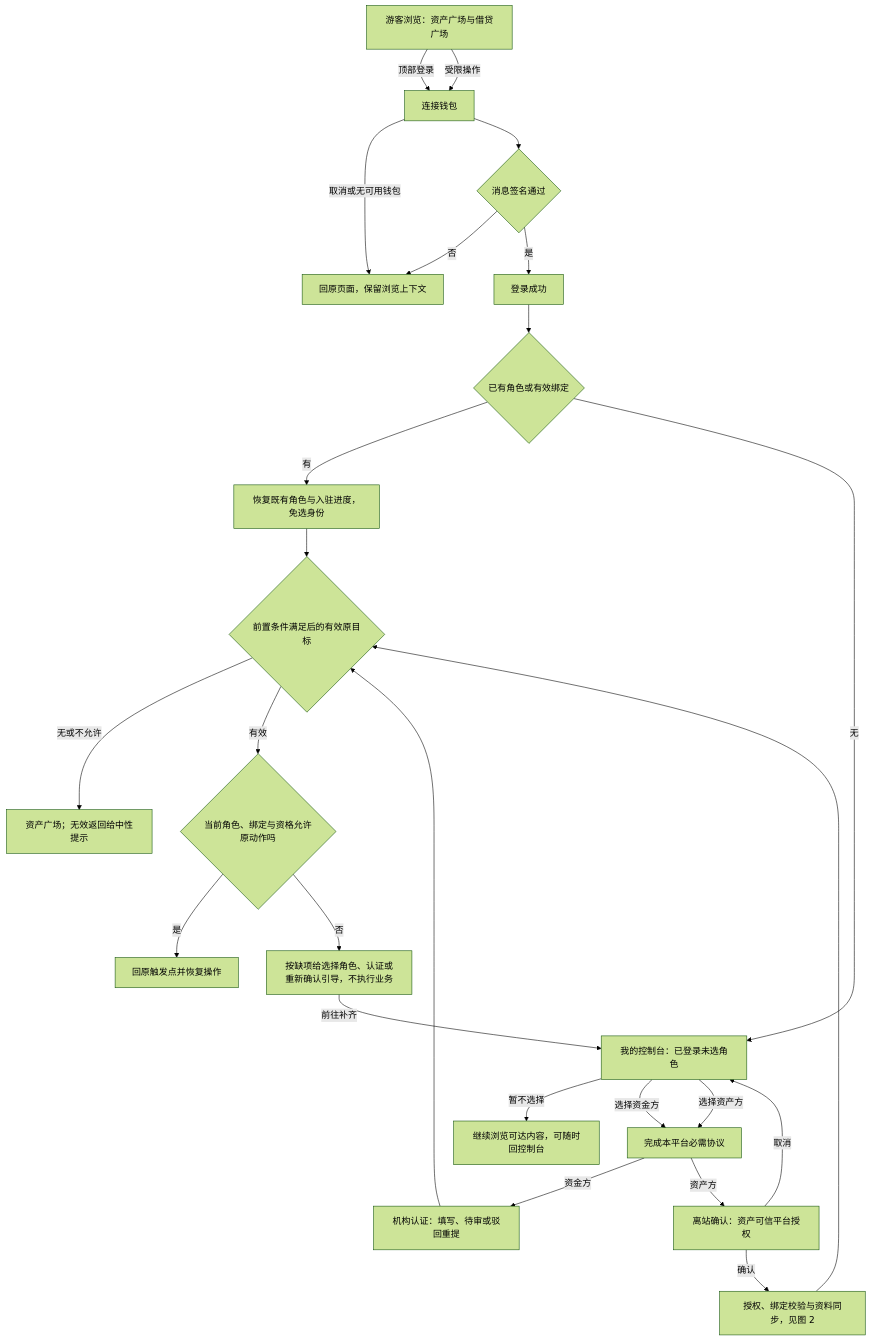
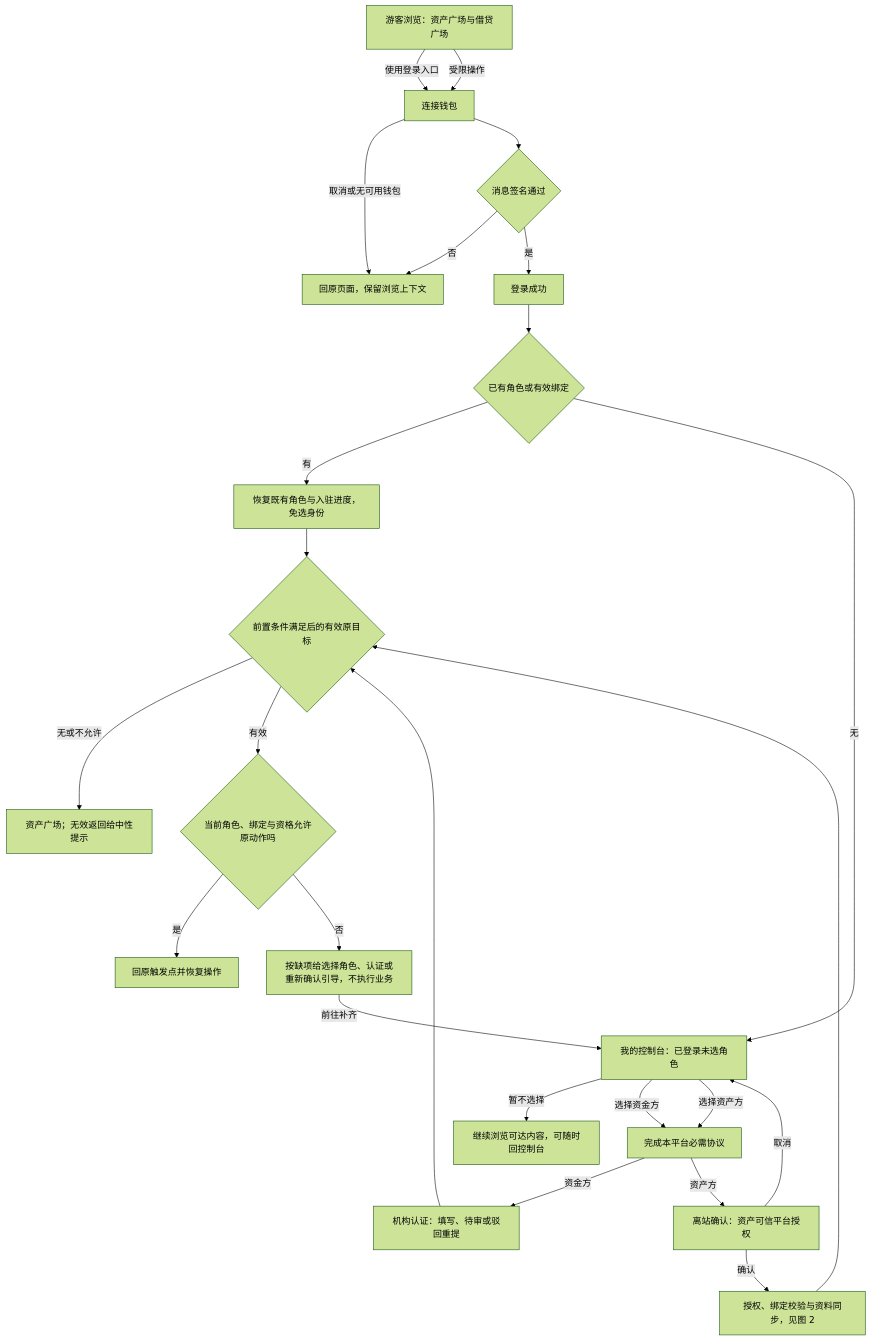
One commit to wxblockchain/Chain-Financing changed the first of 7 diagrams in lending-platform/PRD/v2.0-登录与账户体系/02-登录主干与资产方SSO接入-流程图与状态机.md. Above: the diagram before and after it, drawn with Mermaid (forest theme). The commit also changed other lines of this file and 2 other files, not shown here.

````diff
--- a/lending-platform/PRD/v2.0-登录与账户体系/02-登录主干与资产方SSO接入-流程图与状态机.md
+++ b/lending-platform/PRD/v2.0-登录与账户体系/02-登录主干与资产方SSO接入-流程图与状态机.md
@@ -10,27 +10,27 @@
 ```mermaid
 flowchart TD
-    G["游客浏览：资产广场与借贷广场"] -->|顶部登录| W["连接钱包"]
+    G["游客浏览：资产广场与借贷广场"] -->|使用登录入口| W["连接钱包"]
     G -->|受限操作| W
     W -->|取消或无可用钱包| O["回原页面，保留浏览上下文"]
     W --> S{"消息签名通过"}
     S -->|否| O
     S -->|是| IN["登录成功"]
     IN --> HAS{"已有角色或有效绑定"}
     HAS -->|有| ROLE["恢复既有角色与入驻进度，免选身份"]
     HAS -->|无| CONSOLE["我的控制台：已登录未选角色"]
     CONSOLE -->|暂不选择| BROWSE["继续浏览可达内容，可随时回控制台"]
     CONSOLE -->|选择资金方| AGR["完成本平台必需协议"]
     CONSOLE -->|选择资产方| AGR
     AGR -->|资金方| FUND["机构认证：填写、待审或驳回重提"]
     AGR -->|资产方| LEAVE["离站确认：资产可信平台授权"]
     LEAVE -->|取消| CONSOLE
     LEAVE -->|确认| AUTH["授权、绑定校验与资料同步，见图 2"]
     ROLE --> NEXT{"前置条件满足后的有效原目标"}
     FUND --> NEXT
     AUTH --> NEXT
     NEXT -->|无或不允许| M["资产广场；无效返回给中性提示"]
     NEXT -->|有效| Q{"当前角色、绑定与资格允许原动作吗"}
     Q -->|是| BACK["回原触发点并恢复操作"]
     Q -->|否| GUIDE["按缺项给选择角色、认证或重新确认引导，不执行业务"]
     GUIDE -->|前往补齐| CONSOLE
 ```
````
